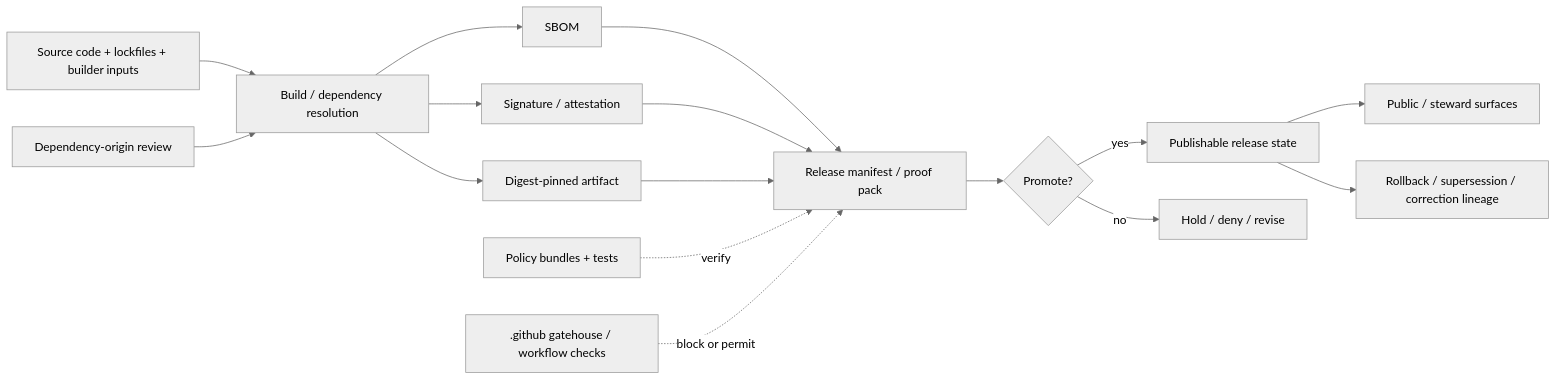
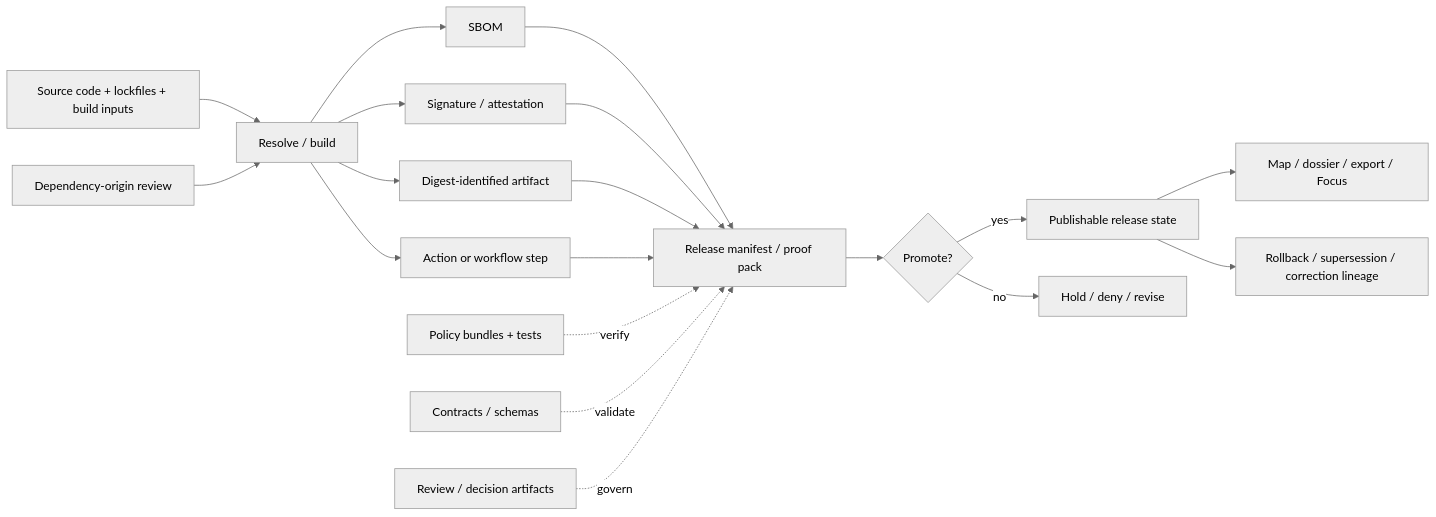
The diagram in docs/security/supply-chain/README.md (bartytime4life/Kansas-Frontier-Matrix), drawn with Mermaid (neutral theme) before and after one commit. The commit also changed other lines of this file, not shown here.

````diff
--- a/docs/security/supply-chain/README.md
+++ b/docs/security/supply-chain/README.md
@@ -233,23 +307,26 @@
 ```mermaid
 flowchart LR
-    A[Source code + lockfiles + builder inputs] --> B[Build / dependency resolution]
+    A[Source code + lockfiles + build inputs] --> B[Resolve / build]
     L[Dependency-origin review] --> B
 
-    B --> C[Digest-pinned artifact]
+    B --> C[Digest-identified artifact]
     B --> D[SBOM]
     B --> E[Signature / attestation]
+    B --> F[Action or workflow step]
 
-    D --> F[Release manifest / proof pack]
-    E --> F
-    C --> F
+    D --> G[Release manifest / proof pack]
+    E --> G
+    C --> G
+    F --> G
 
-    G[Policy bundles + tests] -. verify .-> F
-    H[.github gatehouse / workflow checks] -. block or permit .-> F
+    H[Policy bundles + tests] -. verify .-> G
+    I[Contracts / schemas] -. validate .-> G
+    J[Review / decision artifacts] -. govern .-> G
 
-    F --> I{Promote?}
-    I -- yes --> J[Publishable release state]
-    I -- no --> K[Hold / deny / revise]
+    G --> K{Promote?}
+    K -- yes --> M[Publishable release state]
+    K -- no --> N[Hold / deny / revise]
 
-    J --> M[Public / steward surfaces]
-    J --> N[Rollback / supersession / correction lineage]
+    M --> O[Map / dossier / export / Focus]
+    M --> P[Rollback / supersession / correction lineage]
 ```
````
